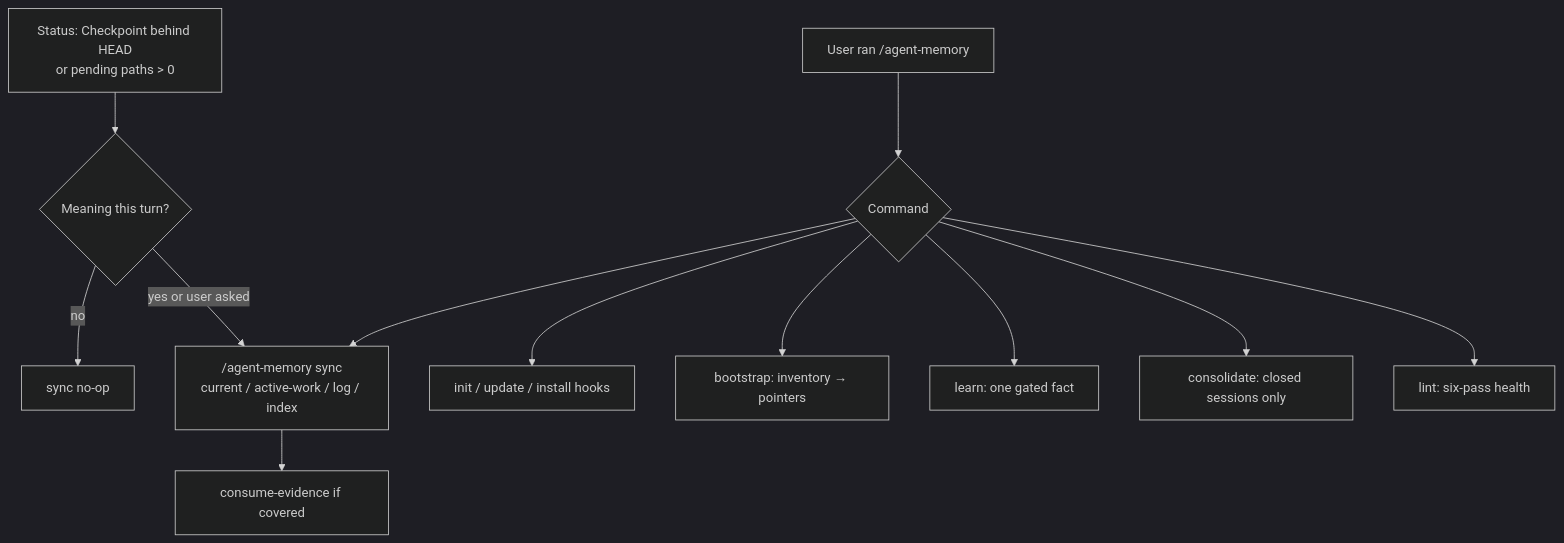
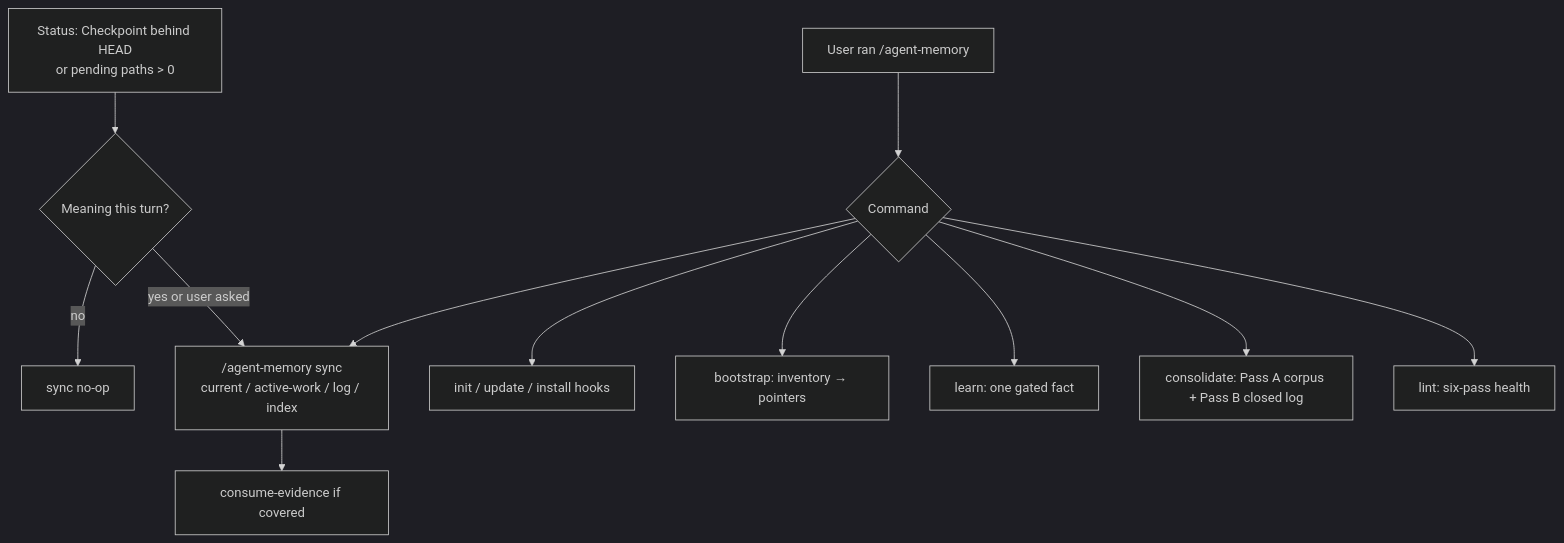
The fourth of 5 diagrams in README.md (diegoos/agent-memory), drawn with Mermaid (dark theme) before and after one commit. The commit also changed other lines of this file and 21 other files, not shown here.

````diff
--- a/README.md
+++ b/README.md
@@ -111,14 +113,14 @@
 ```mermaid
 flowchart TB
   Status["Status: Checkpoint behind HEAD<br/>or pending paths > 0"] --> Mean{"Meaning this turn?"}
   Mean -->|no| Noop["sync no-op"]
   Mean -->|yes or user asked| Sync["/agent-memory sync<br/>current / active-work / log / index"]
   Sync --> Cons["consume-evidence if covered"]
   User["User ran /agent-memory"] --> Cmd{"Command"}
   Cmd --> Init["init / update / install hooks"]
   Cmd --> Boot["bootstrap: inventory → pointers"]
   Cmd --> Sync
   Cmd --> Lrn["learn: one gated fact"]
-  Cmd --> Cns["consolidate: closed sessions only"]
+  Cmd --> Cns["consolidate: Pass A corpus + Pass B closed log"]
   Cmd --> Lnt["lint: six-pass health"]
 ```
````
